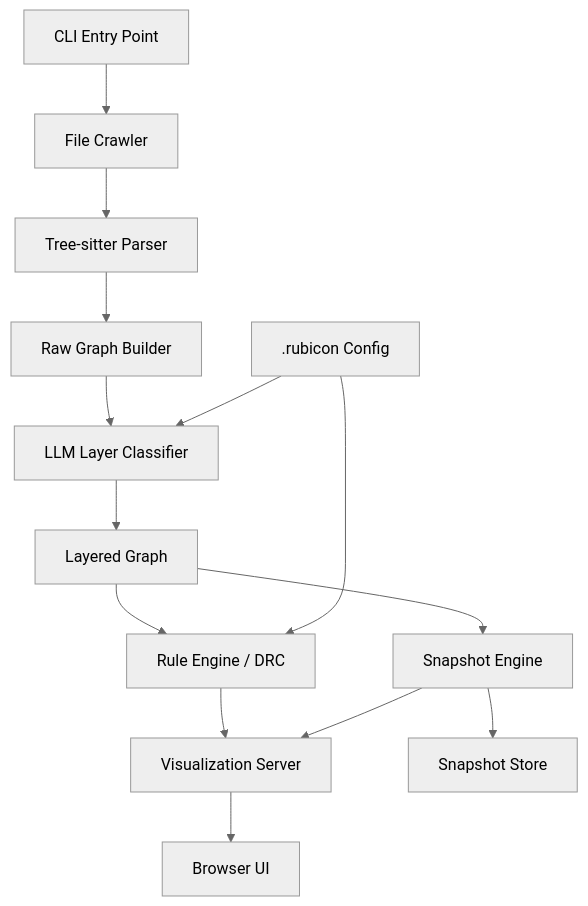
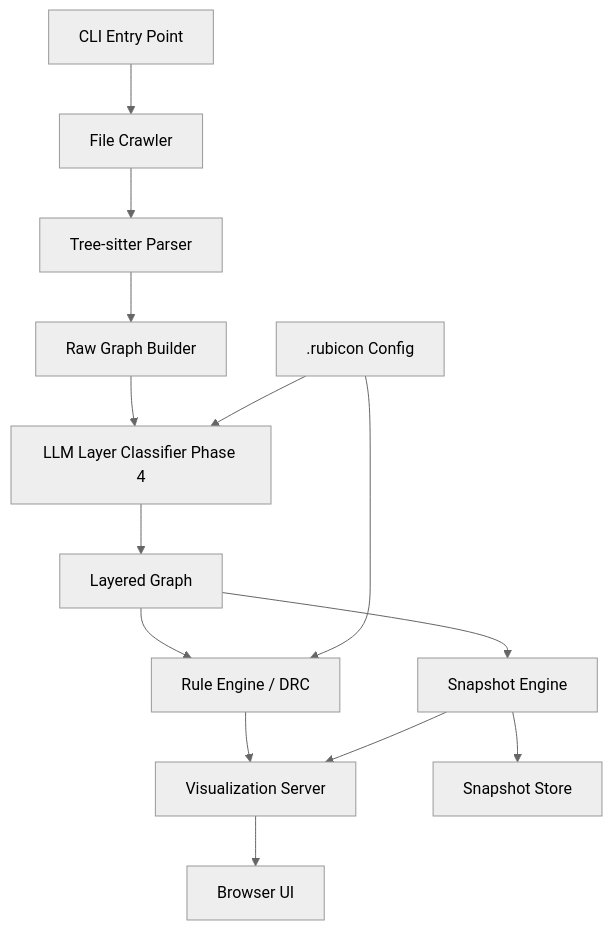
The first of 2 diagrams in rubicon-architecture.md (erniez/Rubicon), drawn with Mermaid (neutral theme) before and after one commit. The commit also changed other lines of this file and 36 other files, not shown here.

````diff
--- a/rubicon-architecture.md
+++ b/rubicon-architecture.md
@@ -13,17 +13,17 @@
 ```mermaid
 graph TD
     CLI[CLI Entry Point] --> Crawler[File Crawler]
     Crawler --> Parser[Tree-sitter Parser]
     Parser --> RawGraph[Raw Graph Builder]
-    RawGraph --> Classifier[LLM Layer Classifier]
+    RawGraph --> Classifier[LLM Layer Classifier Phase 4]
     Classifier --> LayeredGraph[Layered Graph]
     LayeredGraph --> RuleEngine[Rule Engine / DRC]
     LayeredGraph --> Snapshot[Snapshot Engine]
     RuleEngine --> Viz[Visualization Server]
     Snapshot --> Viz
     Viz --> Browser[Browser UI]
 
     Config[.rubicon Config] --> Classifier
     Config --> RuleEngine
     Snapshot --> DiffStore[Snapshot Store]
 ```
````
